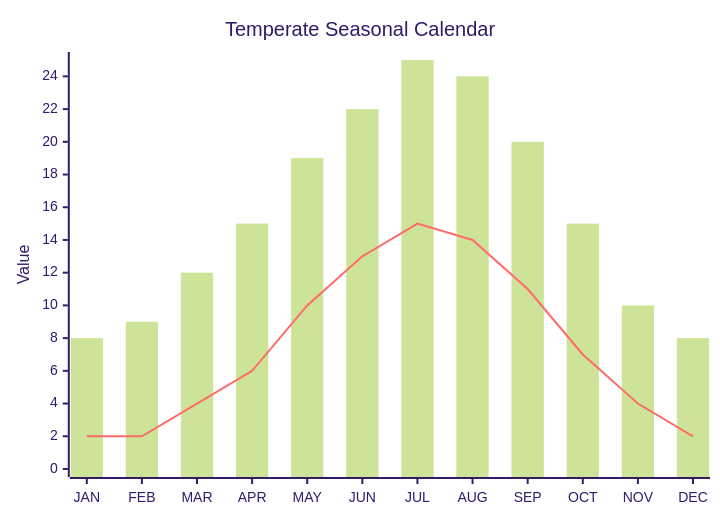
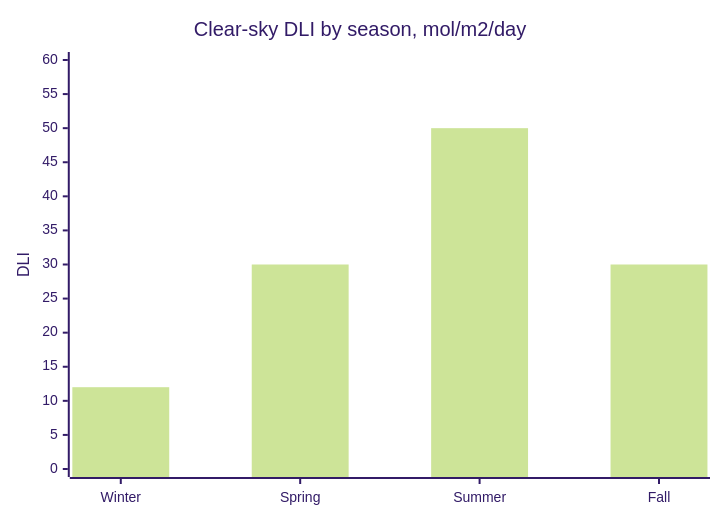
One commit to UncleJS/guide_hydroponics changed the second of 11 diagrams in guide/nft/10-climate-management.md. Above: the diagram before and after it, drawn with Mermaid (forest theme). The commit also changed other lines of this file and 35 other files, not shown here.

````diff
--- a/guide/nft/10-climate-management.md
+++ b/guide/nft/10-climate-management.md
@@ -113,8 +122,7 @@
 ```mermaid
 xychart-beta
-    title "Temperate Seasonal Calendar"
-    x-axis ["JAN", "FEB", "MAR", "APR", "MAY", "JUN", "JUL", "AUG", "SEP", "OCT", "NOV", "DEC"]
-    y-axis "Value" 0 --> 25
-    bar [8, 9, 12, 15, 19, 22, 25, 24, 20, 15, 10, 8]
-    line [2, 2, 4, 6, 10, 13, 15, 14, 11, 7, 4, 2]
+    title "Clear-sky DLI by season, mol/m2/day"
+    x-axis ["Winter", "Spring", "Summer", "Fall"]
+    y-axis "DLI" 0 --> 60
+    bar [12, 30, 50, 30]
 ```
````
